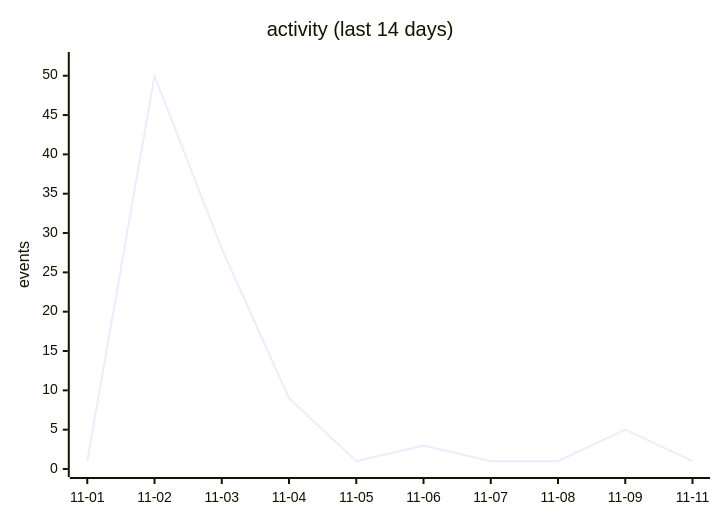
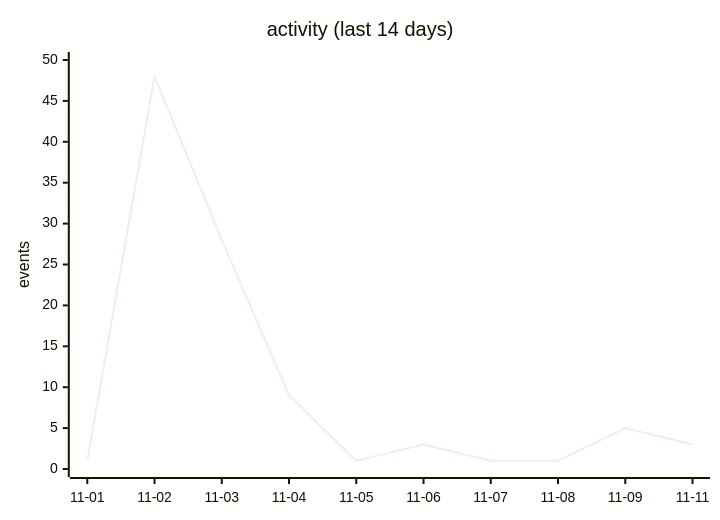
One commit to lunarshe11/lunarshe11 changed the second of 3 diagrams in README.md. Above: the diagram before and after it, drawn with Mermaid. The commit also changed other lines of this file, not shown here.

````diff
--- a/README.md
+++ b/README.md
@@ -41,7 +42,7 @@
 ```mermaid
 xychart-beta
     title "activity (last 14 days)"
     x-axis ["11-01", "11-02", "11-03", "11-04", "11-05", "11-06", "11-07", "11-08", "11-09", "11-11"]
-    y-axis "events" 0 --> 52
-    line [1, 50, 28, 9, 1, 3, 1, 1, 5, 1]
+    y-axis "events" 0 --> 50
+    line [1, 48, 28, 9, 1, 3, 1, 1, 5, 3]
 ```
````
